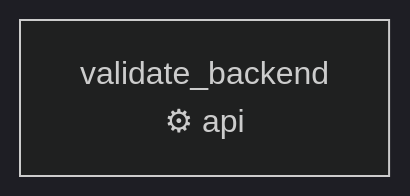
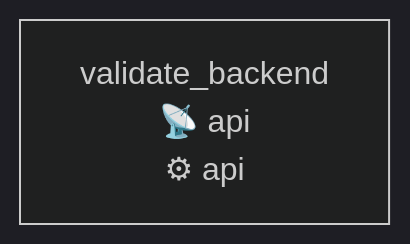
One commit to jeffersonmachado/r-agent2 changed the diagram in docs/diagrams/qa-waves/journey-omnichannel-omnichannel_engagement-precond_omnichannel_engagement_whatsapp_channel_active.md. Above: the diagram before and after it, drawn with Mermaid (dark theme). The commit also changed other lines of this file and 74 other files, not shown here.

First line of the commit message:
docs(qa-waves): roteiros de jornada + diagramas + status de plataforma

````diff
--- a/docs/diagrams/qa-waves/journey-omnichannel-omnichannel_engagement-precond_omnichannel_engagement_whatsapp_channel_active.md
+++ b/docs/diagrams/qa-waves/journey-omnichannel-omnichannel_engagement-precond_omnichannel_engagement_whatsapp_channel_active.md
@@ -5,5 +5,5 @@
 ```mermaid
 flowchart LR
-    step_precond_whatsapp_channel_active_1["validate_backend\n⚙ api"]
+    step_precond_whatsapp_channel_active_1["validate_backend\n📡 api\n⚙ api"]
 
 ```
````
